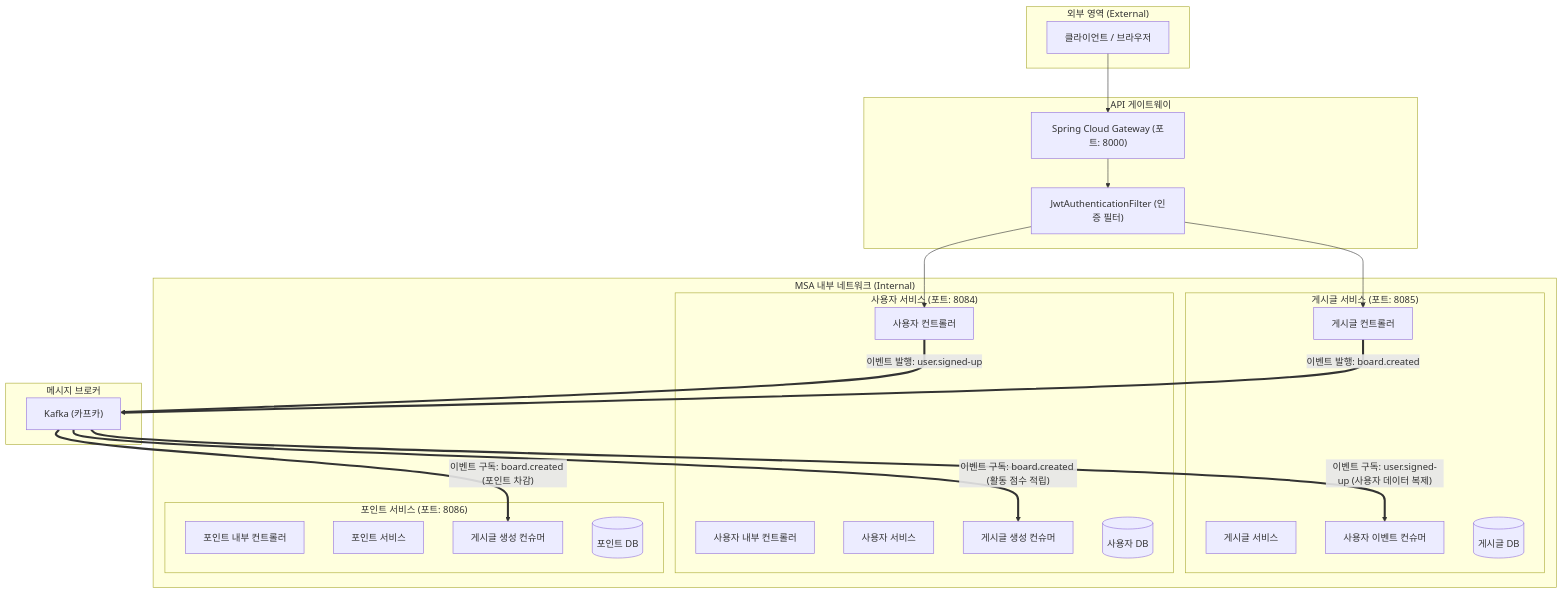
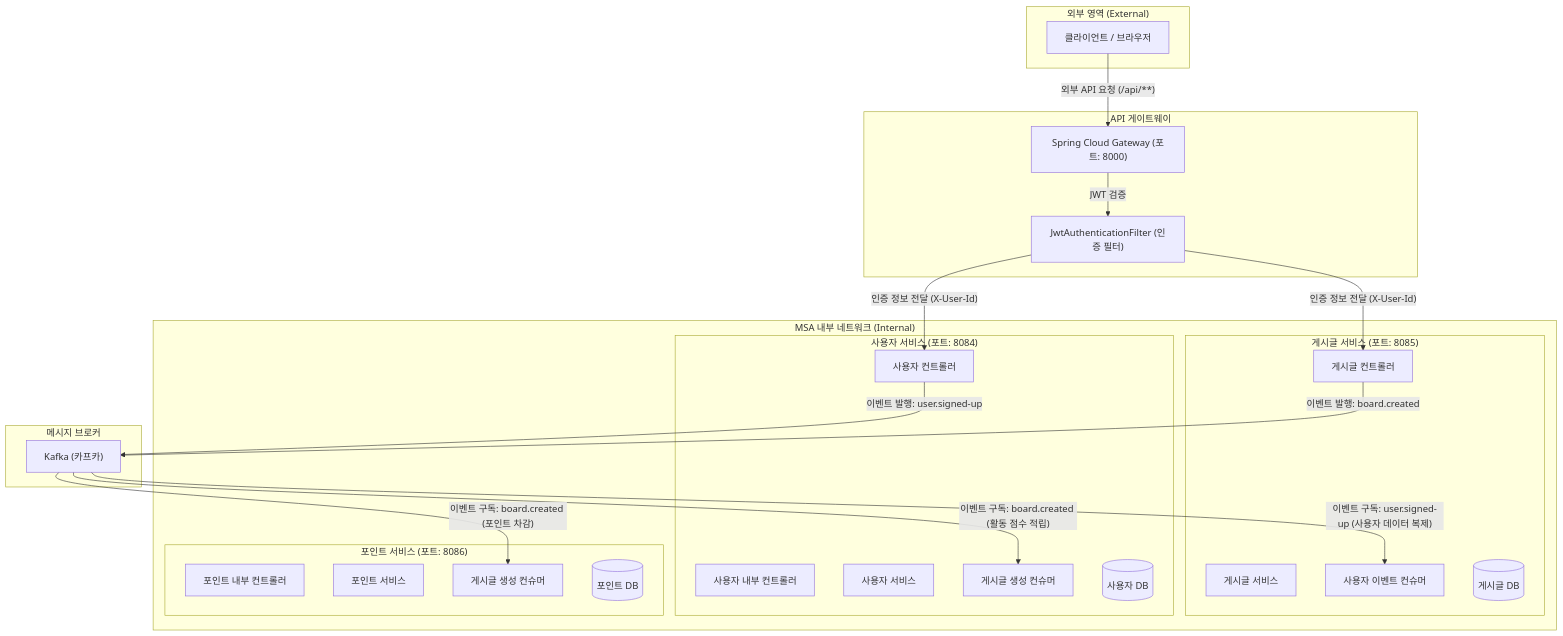
One commit to muzzaiwork/msa changed the first of 4 diagrams in msa-kafka-message-queue-async/msa-kafka-message-queue-async.md. Above: the diagram before and after it, drawn with Mermaid. The commit also changed 1 other file, not shown here.

Commit message:
docs: 시스템 아키텍처 다이어그램 가독성 개선 (Mermaid)

````diff
--- a/msa-kafka-message-queue-async/msa-kafka-message-queue-async.md
+++ b/msa-kafka-message-queue-async/msa-kafka-message-queue-async.md
@@ -26,51 +26,51 @@
 ```mermaid
 graph TD
     subgraph External ["외부 영역 (External)"]
         Client["클라이언트 / 브라우저"]
     end
 
     subgraph Gateway_Pkg ["API 게이트웨이"]
         Gateway["Spring Cloud Gateway (포트: 8000)"]
         AuthFilter["JwtAuthenticationFilter (인증 필터)"]
     end
 
     subgraph Broker ["메시지 브로커"]
         Kafka["Kafka (카프카)"]
     end
 
     subgraph Internal ["MSA 내부 네트워크 (Internal)"]
         subgraph Board_Service ["게시글 서비스 (포트: 8085)"]
             BS["게시글 컨트롤러"]
             BService["게시글 서비스"]
             BEC["사용자 이벤트 컨슈머"]
             BDB[("게시글 DB")]
         end
 
         subgraph User_Service ["사용자 서비스 (포트: 8084)"]
             US["사용자 컨트롤러"]
             UIC["사용자 내부 컨트롤러"]
             UService["사용자 서비스"]
             UCC["게시글 생성 컨슈머"]
             UDB[("사용자 DB")]
         end
 
         subgraph Point_Service ["포인트 서비스 (포트: 8086)"]
             PS["포인트 내부 컨트롤러"]
             PService["포인트 서비스"]
             PCC["게시글 생성 컨슈머"]
             PDB[("포인트 DB")]
         end
     end
 
-    Client --> Gateway
-    Gateway --> AuthFilter
-    AuthFilter --> BS
-    AuthFilter --> US
+    Client -- "외부 API 요청 (/api/**)" --> Gateway
+    Gateway -- "JWT 검증" --> AuthFilter
+    AuthFilter -- "인증 정보 전달 (X-User-Id)" --> BS
+    AuthFilter -- "인증 정보 전달 (X-User-Id)" --> US
 
-    BS == "이벤트 발행: board.created" ==> Kafka
-    Kafka == "이벤트 구독: board.created (포인트 차감)" ==> PCC
-    Kafka == "이벤트 구독: board.created (활동 점수 적립)" ==> UCC
+    BS -- "이벤트 발행: board.created" --> Kafka
+    Kafka -- "이벤트 구독: board.created (포인트 차감)" --> PCC
+    Kafka -- "이벤트 구독: board.created (활동 점수 적립)" --> UCC
 
-    US == "이벤트 발행: user.signed-up" ==> Kafka
-    Kafka == "이벤트 구독: user.signed-up (사용자 데이터 복제)" ==> BEC
+    US -- "이벤트 발행: user.signed-up" --> Kafka
+    Kafka -- "이벤트 구독: user.signed-up (사용자 데이터 복제)" --> BEC
 ```
````
